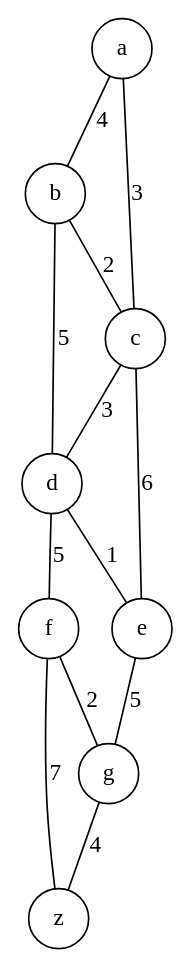
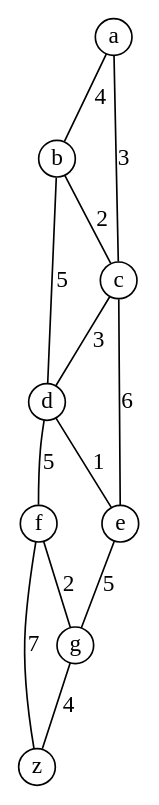
The diagram in bai3.dot (vietlq/graph-tuts), drawn with Graphviz before and after one commit. The commit also changed 3 other files, not shown here.

```diff
--- a/bai3.dot
+++ b/bai3.dot
@@ -1,31 +1,31 @@
 graph G {
-    node [shape=circle];
+    node [shape=circle,width=.3,height=.3,fixedsize=true];
     
     a -- b [label="4"];
     a -- c [label="3"];
     
     b -- c [label="2"];
     b -- d [label="5"];
     
     c -- d [label="3"];
     c -- e [label="6"];
     
     d -- e [label="1"];
     d -- f [label="5"];
     
     e -- g [label="5"];
     
     f -- g [label="2"];
     f -- z [label="7"];
     
     g -- z [label="4"];
     
     a [pos="0, 0!"];
-    b [pos="1, 1!"];
-    c [pos="1, -1!"];
-    d [pos="3, 1!"];
-    e [pos="3, -1!"];
-    f [pos="5, 1!"];
-    g [pos="5, -1!"];
-    z [pos="6, 0!"]
+    b [pos="1, 0.5!"];
+    c [pos="1, -0.5!"];
+    d [pos="2, 0.5!"];
+    e [pos="2, -0.5!"];
+    f [pos="3, 0.5!"];
+    g [pos="3, -0.5!"];
+    z [pos="4, 0!"]
 }
```
